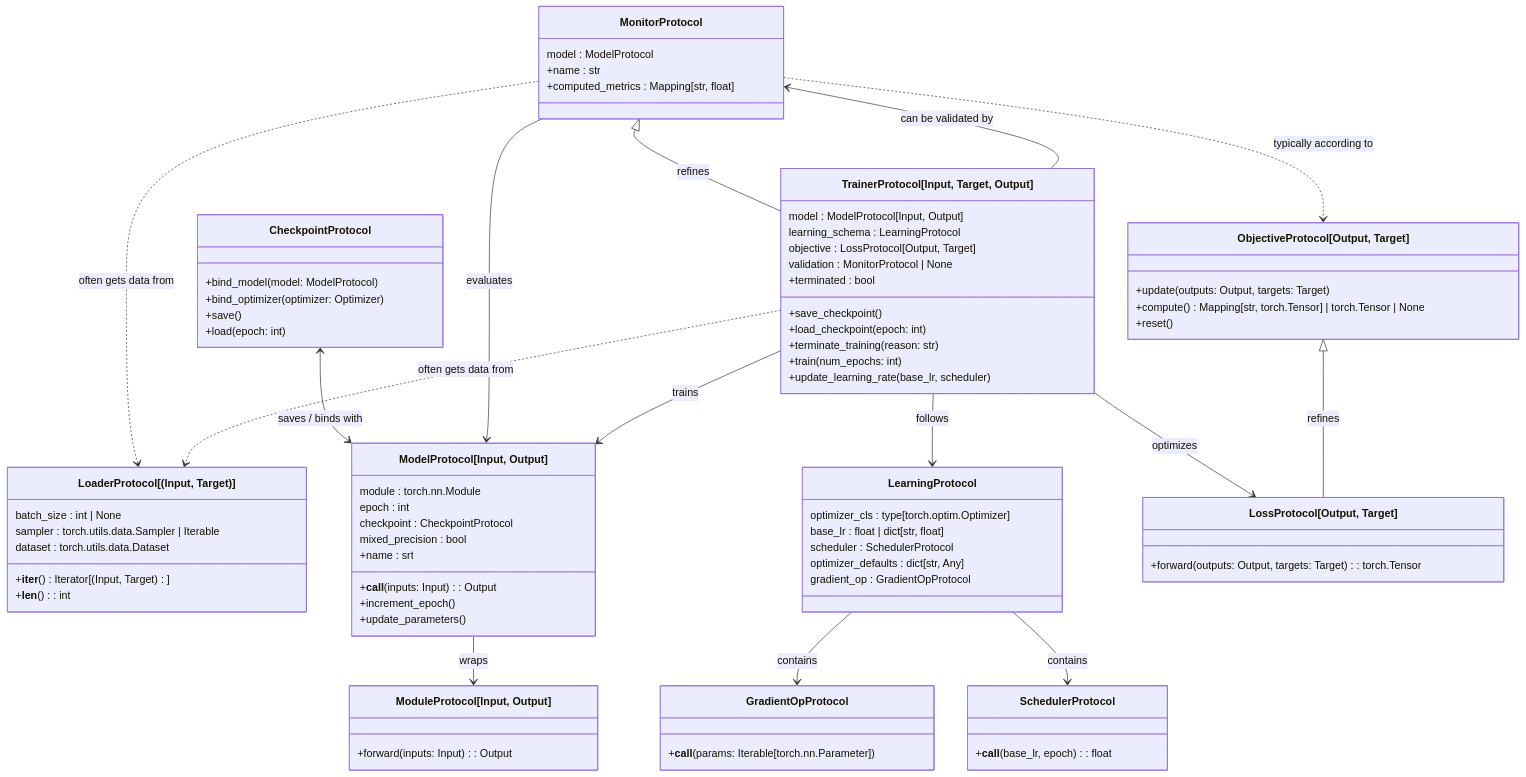
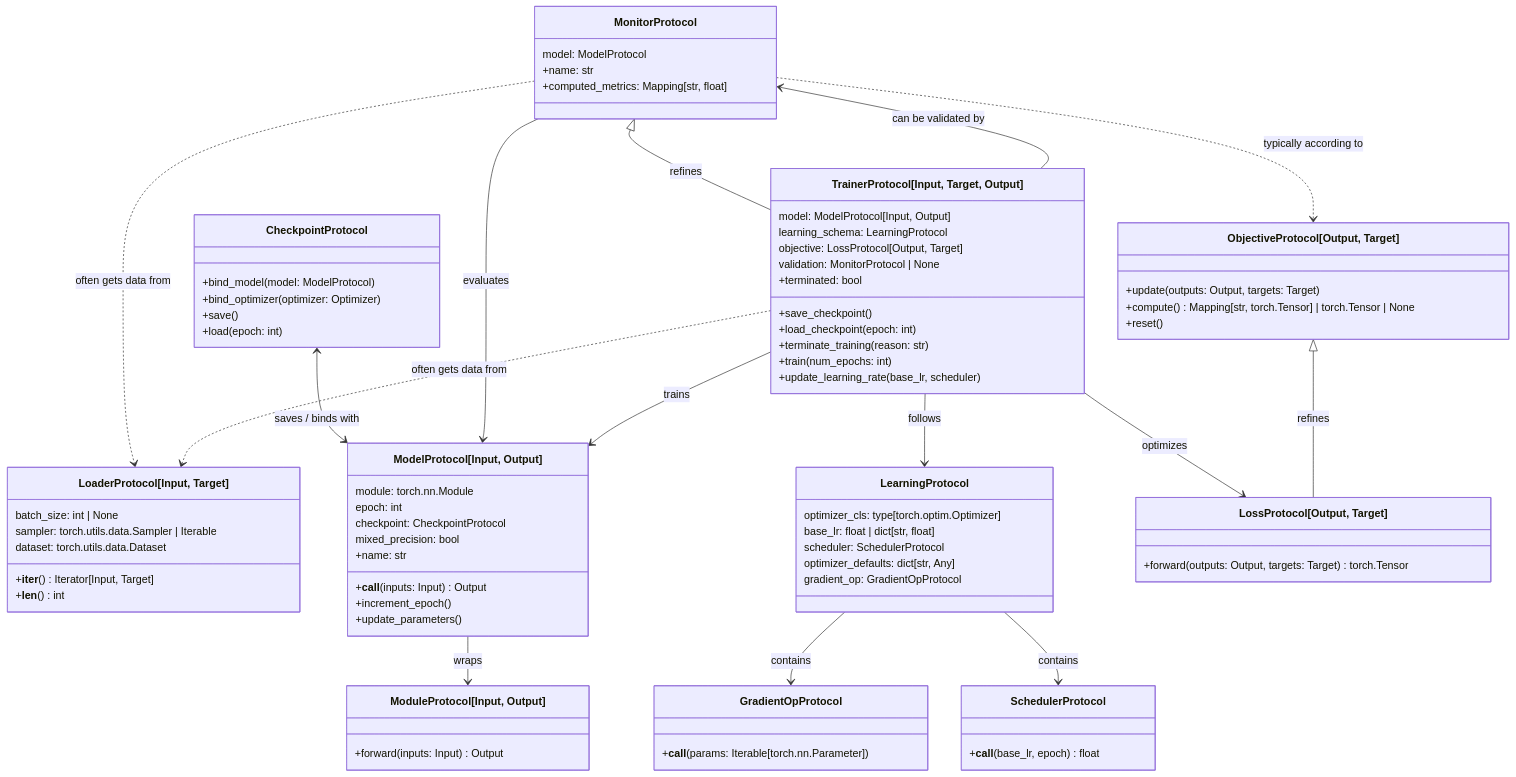
One commit to nverchev/drytorch changed the diagram in docs/architecture.md. Above: the diagram before and after it, drawn with Mermaid.

Commit message:
docs: updated and expanded UML schema

```diff
--- a/docs/architecture.md
+++ b/docs/architecture.md
@@ -25,79 +25,79 @@
 
 classDiagram
 direction TB
-    class LoaderProtocol["LoaderProtocol[(Input, Target)]"] {
-	    batch_size : int | None
-        sampler : torch.utils.data.Sampler | Iterable
-        dataset : torch.utils.data.Dataset
-	    +__iter__() : Iterator[(Input, Target)]
-	    +__len__() : int
+    class LoaderProtocol["LoaderProtocol[Input, Target]"] {
+        batch_size: int | None
+        sampler: torch.utils.data.Sampler | Iterable
+        dataset: torch.utils.data.Dataset
+        +__iter__() Iterator[Input, Target]
+        +__len__() int
     }
 
     class ModuleProtocol["ModuleProtocol[Input, Output]"] {
-	    +forward(inputs: Input) : Output
+        +forward(inputs: Input) Output
     }
 
     class ModelProtocol["ModelProtocol[Input, Output]"] {
-	    module : torch.nn.Module
-	    epoch : int
-	    checkpoint : CheckpointProtocol
-	    mixed_precision : bool
-	    +name : srt
-	    +__call__(inputs: Input) : Output
-	    +increment_epoch()
-	    +update_parameters()
+        module: torch.nn.Module
+        epoch: int
+        checkpoint: CheckpointProtocol
+        mixed_precision: bool
+        +name: str
+        +__call__(inputs: Input) Output
+        +increment_epoch()
+        +update_parameters()
     }
 
     class CheckpointProtocol {
-	    +bind_model(model: ModelProtocol)
-	    +bind_optimizer(optimizer: Optimizer)
-	    +save()
-	    +load(epoch: int)
+        +bind_model(model: ModelProtocol)
+        +bind_optimizer(optimizer: Optimizer)
+        +save()
+        +load(epoch: int)
     }
 
     class SchedulerProtocol {
-	    +__call__(base_lr, epoch) : float
+        +__call__(base_lr, epoch) float
     }
 
     class GradientOpProtocol {
-	    +__call__(params: Iterable[torch.nn.Parameter])
+        +__call__(params: Iterable[torch.nn.Parameter])
     }
 
     class LearningProtocol {
-	    optimizer_cls : type[torch.optim.Optimizer]
-	    base_lr : float | dict[str, float]
-	    scheduler : SchedulerProtocol
-	    optimizer_defaults : dict[str, Any]
-	    gradient_op : GradientOpProtocol
+        optimizer_cls: type[torch.optim.Optimizer]
+        base_lr: float | dict[str, float]
+        scheduler: SchedulerProtocol
+        optimizer_defaults: dict[str, Any]
+        gradient_op: GradientOpProtocol
     }
 
     class ObjectiveProtocol["ObjectiveProtocol[Output, Target]"] {
-	    +update(outputs: Output, targets: Target)
-	    +compute() Mapping[str, torch.Tensor] | torch.Tensor | None
-	    +reset()
+        +update(outputs: Output, targets: Target)
+        +compute() Mapping[str, torch.Tensor] | torch.Tensor | None
+        +reset()
     }
 
     class LossProtocol["LossProtocol[Output, Target]"] {
-	    +forward(outputs: Output, targets: Target) : torch.Tensor
+        +forward(outputs: Output, targets: Target) torch.Tensor
     }
 
     class MonitorProtocol {
-	    model : ModelProtocol
-	    +name : str
-	    +computed_metrics : Mapping[str, float]
+        model: ModelProtocol
+        +name: str
+        +computed_metrics: Mapping[str, float]
     }
 
     class TrainerProtocol["TrainerProtocol[Input, Target, Output]"] {
-	    model : ModelProtocol[Input, Output]
-	    learning_schema : LearningProtocol
-	    objective : LossProtocol[Output, Target]
-	    validation : MonitorProtocol | None
-	    +save_checkpoint()
-	    +load_checkpoint(epoch: int)
-	    +terminated : bool
-	    +terminate_training(reason: str)
-	    +train(num_epochs: int)
-	    +update_learning_rate(base_lr, scheduler)
+        model: ModelProtocol[Input, Output]
+        learning_schema: LearningProtocol
+        objective: LossProtocol[Output, Target]
+        validation: MonitorProtocol | None
+        +terminated: bool
+        +save_checkpoint()
+        +load_checkpoint(epoch: int)
+        +terminate_training(reason: str)
+        +train(num_epochs: int)
+        +update_learning_rate(base_lr, scheduler)
     }
 
     CheckpointProtocol <--> ModelProtocol : saves / binds with
```
